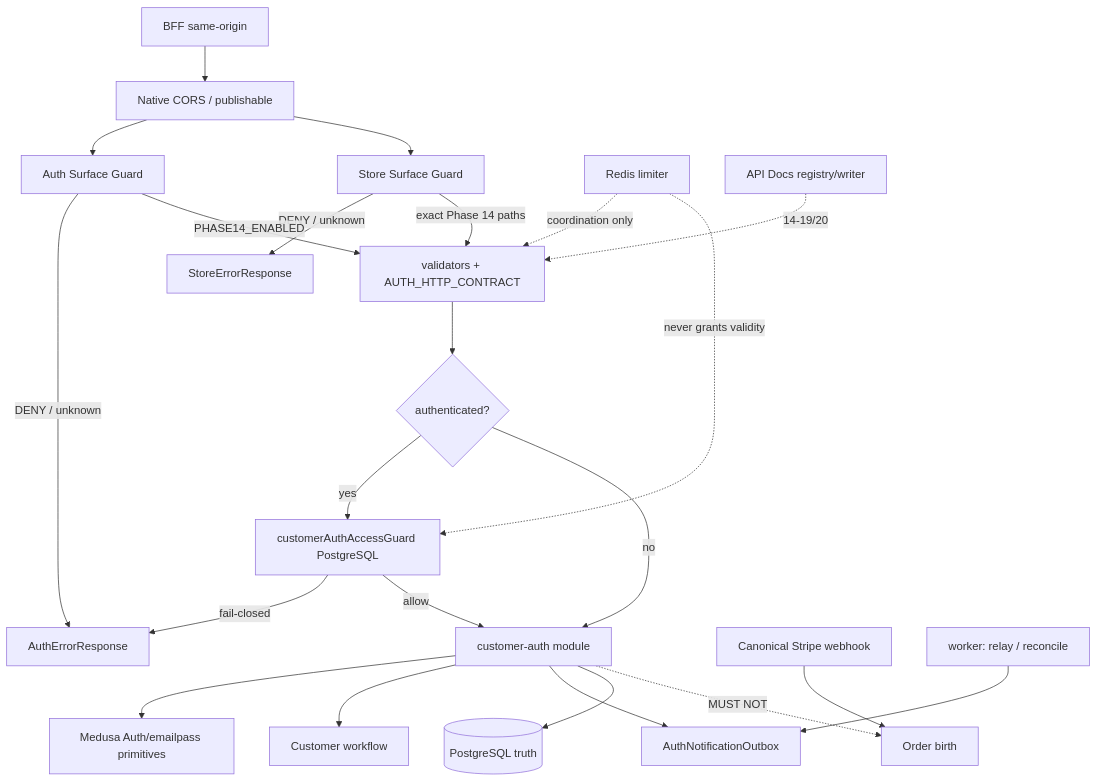
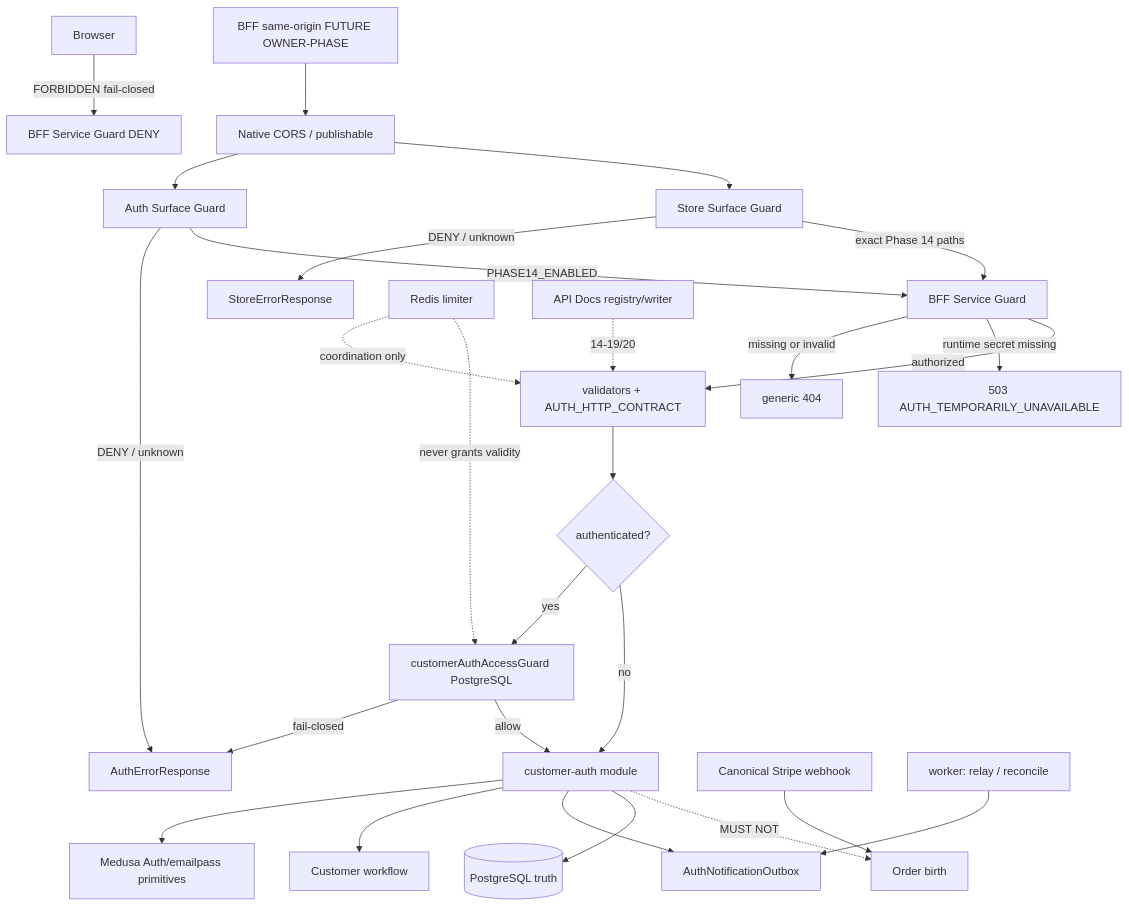
One commit to jlima004/E-commerce changed the first of 13 diagrams in .planning/phases/14-customer-auth-verification/14-SDD.md. Above: the diagram before and after it, drawn with Mermaid. The commit also changed other lines of this file and 2 other files, not shown here.

First line of the commit message:
docs(14-15): record BFF architecture remediation

````diff
--- a/.planning/phases/14-customer-auth-verification/14-SDD.md
+++ b/.planning/phases/14-customer-auth-verification/14-SDD.md
@@ -80,25 +87,29 @@
 ```mermaid
 flowchart TD
-  BFF[BFF same-origin] --> CORS[Native CORS / publishable]
+  Browser[Browser] -->|FORBIDDEN fail-closed| Deny[BFF Service Guard DENY]
+  BFF[BFF same-origin FUTURE OWNER-PHASE] --> CORS[Native CORS / publishable]
   CORS --> AG[Auth Surface Guard]
   CORS --> SG[Store Surface Guard]
   AG -->|DENY / unknown| E[AuthErrorResponse]
   SG -->|DENY / unknown| SE[StoreErrorResponse]
-  AG -->|PHASE14_ENABLED| V[validators + AUTH_HTTP_CONTRACT]
-  SG -->|exact Phase 14 paths| V
+  AG -->|PHASE14_ENABLED| BFFG[BFF Service Guard]
+  SG -->|exact Phase 14 paths| BFFG
+  BFFG -->|missing or invalid| NF[generic 404]
+  BFFG -->|runtime secret missing| U[503 AUTH_TEMPORARILY_UNAVAILABLE]
+  BFFG -->|authorized| V[validators + AUTH_HTTP_CONTRACT]
   V --> G{authenticated?}
   G -->|yes| PG[customerAuthAccessGuard PostgreSQL]
   G -->|no| M[customer-auth module]
   PG -->|fail-closed| E
   PG -->|allow| M
   M --> AUTH[Medusa Auth/emailpass primitives]
   M --> CUST[Customer workflow]
   M --> OB[AuthNotificationOutbox]
   M --> PGDB[(PostgreSQL truth)]
   RL[Redis limiter] -.->|coordination only| V
   RL -.->|never grants validity| PG
   WH[Canonical Stripe webhook] --> OBIRTH[Order birth]
   M -.->|MUST NOT| OBIRTH
   WRK[worker: relay / reconcile] --> OB
   DOC[API Docs registry/writer] -.->|14-19/20| V
 ```
````
